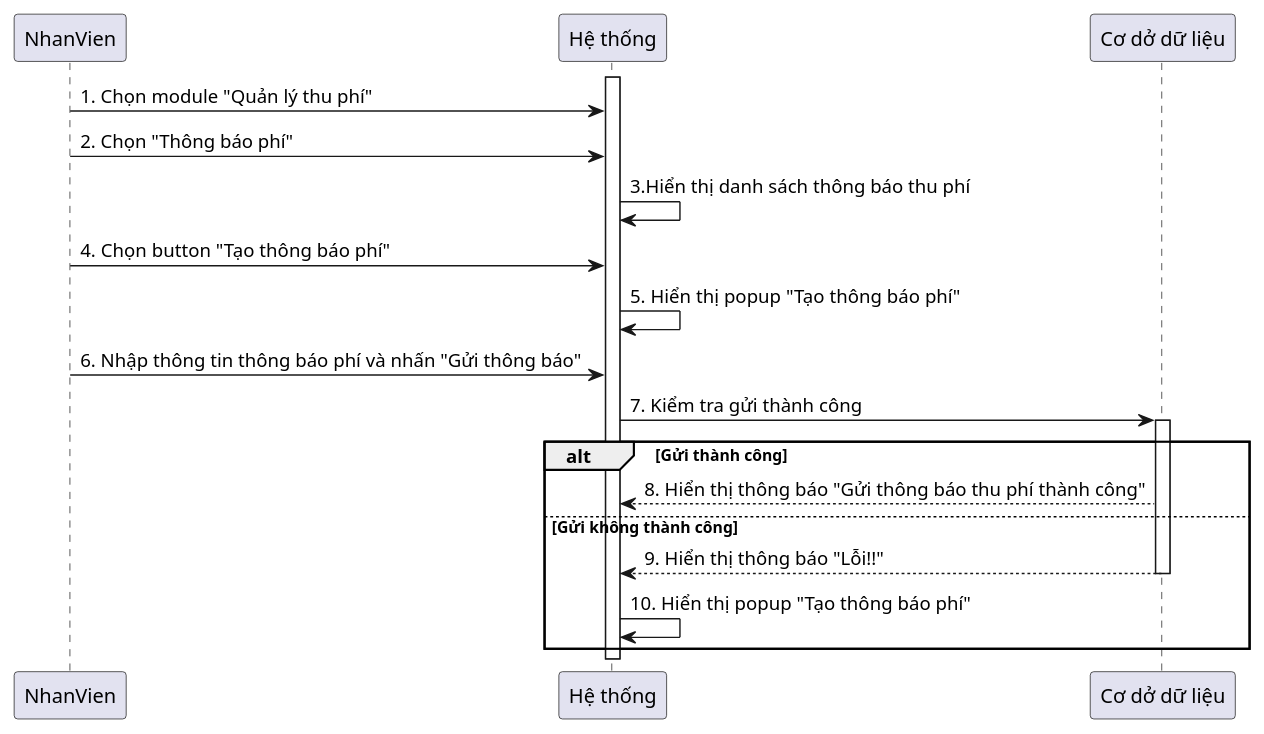
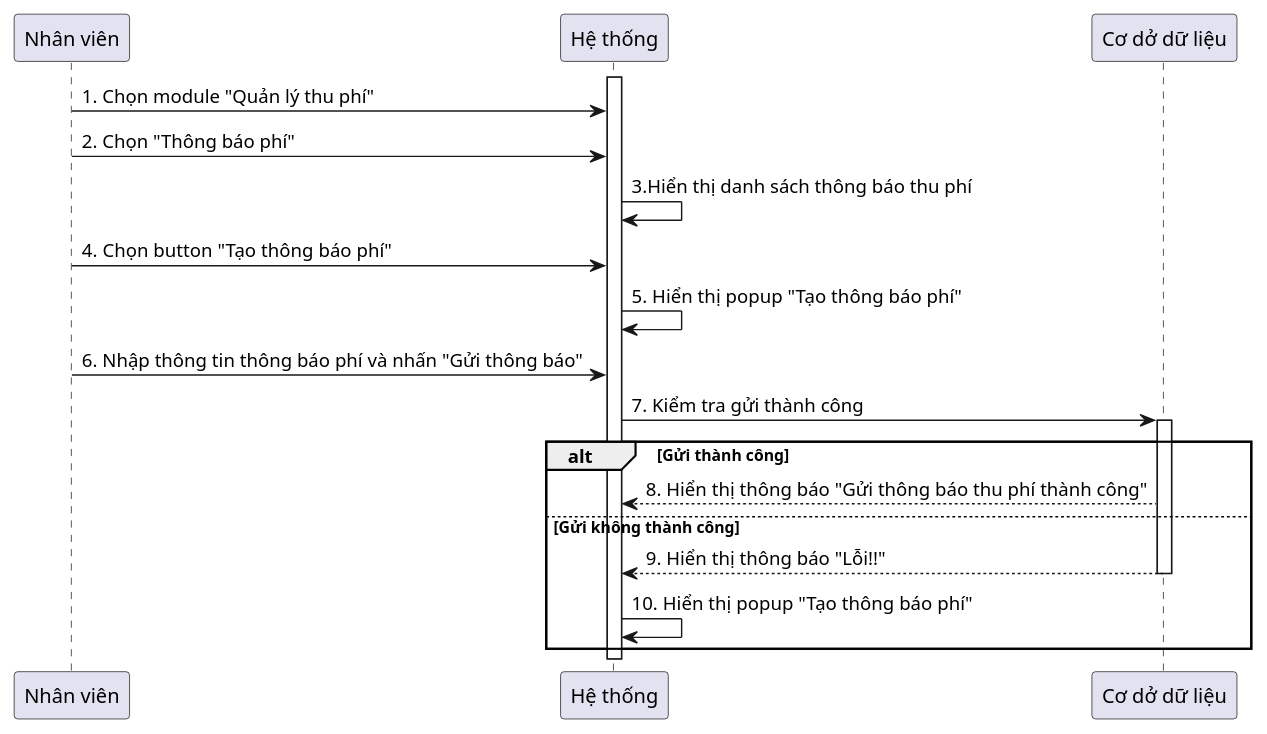
The diagram in Lab1/Lab1.2/Sequence Diagram/Tạo thông báo thu phí.plantuml (QuickyBooster/SE357-Pratice-class), drawn with PlantUML before and after one commit. The commit also changed 7 other files, not shown here.

```diff
--- a/Lab1/Lab1.2/Sequence Diagram/Tạo thông báo thu phí.plantuml
+++ b/Lab1/Lab1.2/Sequence Diagram/Tạo thông báo thu phí.plantuml
@@ -1,30 +1,30 @@
 @startuml
 
-participant NhanVien
+participant "Nhân viên"
 
 participant "Hệ thống" as System
 participant "Cơ dở dữ liệu" as CSDL
 
 
 activate System
-NhanVien -> System: 1. Chọn module "Quản lý thu phí"
-NhanVien -> System: 2. Chọn "Thông báo phí"
+"Nhân viên" -> System: 1. Chọn module "Quản lý thu phí"
+"Nhân viên" -> System: 2. Chọn "Thông báo phí"
 System -> System: 3.Hiển thị danh sách thông báo thu phí
-NhanVien -> System: 4. Chọn button "Tạo thông báo phí"
+"Nhân viên" -> System: 4. Chọn button "Tạo thông báo phí"
 System -> System: 5. Hiển thị popup "Tạo thông báo phí"
-NhanVien -> System: 6. Nhập thông tin thông báo phí và nhấn "Gửi thông báo"
+"Nhân viên" -> System: 6. Nhập thông tin thông báo phí và nhấn "Gửi thông báo"
 System -> CSDL: 7. Kiểm tra gửi thành công
 
 alt Gửi thành công
 activate CSDL
      CSDL --> System: 8. Hiển thị thông báo "Gửi thông báo thu phí thành công" 
 
 
 else Gửi không thành công 
     CSDL --> System: 9. Hiển thị thông báo "Lỗi!!"
     deactivate CSDL 
     System -> System: 10. Hiển thị popup "Tạo thông báo phí"
 end
 
 deactivate System
 @enduml
```
